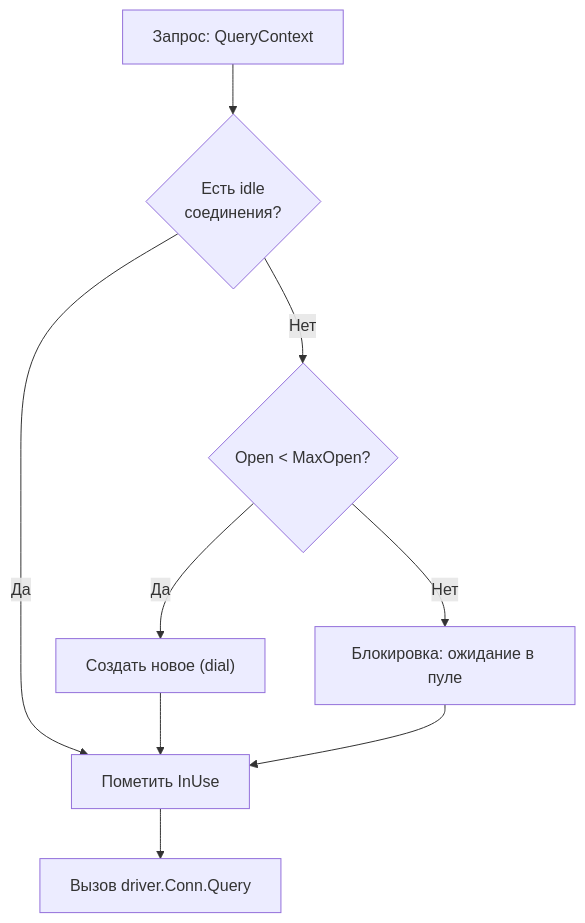
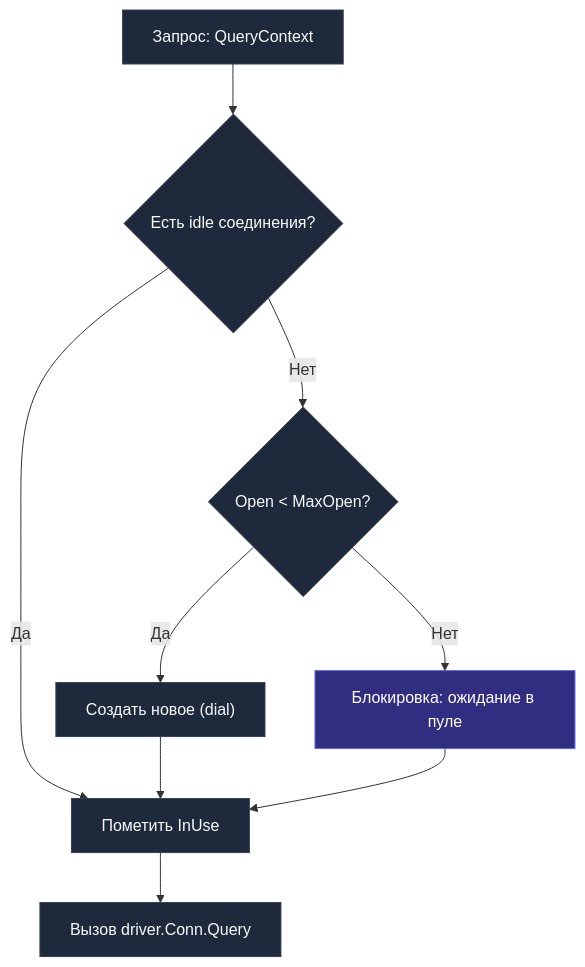
One commit to UnrealTemplier/go-textbook changed the second of 2 diagrams in sources/12. Базы данных/10. Практика и архитектура/1. Работа с БД в Go. database_sql.md. Above: the diagram before and after it, drawn with Mermaid. The commit also changed other lines of this file, not shown here.

````diff
--- a/sources/12. Базы данных/10. Практика и архитектура/1. Работа с БД в Go. database_sql.md
+++ b/sources/12. Базы данных/10. Практика и архитектура/1. Работа с БД в Go. database_sql.md
@@ -94,11 +113,15 @@
 ```mermaid
 flowchart TD
-    Start["Запрос: QueryContext"] --> CheckIdle{"Есть idle\nсоединения?"}
-    CheckIdle -- Да --> MarkInUse["Пометить InUse"]
-    CheckIdle -- Нет --> CheckLimit{"Open < MaxOpen?"}
-    CheckLimit -- Да --> CreateNew["Создать новое (dial)"]
-    CheckLimit -- Нет --> WaitPool["Блокировка: ожидание в пуле"]
+    Start["Запрос: QueryContext"] --> CheckIdle{"Есть idle соединения?"}
+    CheckIdle -- "Да" --> MarkInUse["Пометить InUse"]
+    CheckIdle -- "Нет" --> CheckLimit{"Open < MaxOpen?"}
+    CheckLimit -- "Да" --> CreateNew["Создать новое (dial)"]
+    CheckLimit -- "Нет" --> WaitPool["Блокировка: ожидание в пуле"]
     CreateNew --> MarkInUse
     WaitPool --> MarkInUse
     MarkInUse --> DriverExec["Вызов driver.Conn.Query"]
+
+    classDef default fill:#1e293b,stroke:#334155,color:#f8fafc;
+    classDef wait fill:#312e81,stroke:#6366f1,color:#ffffff;
+    class WaitPool wait;
 ```
````
